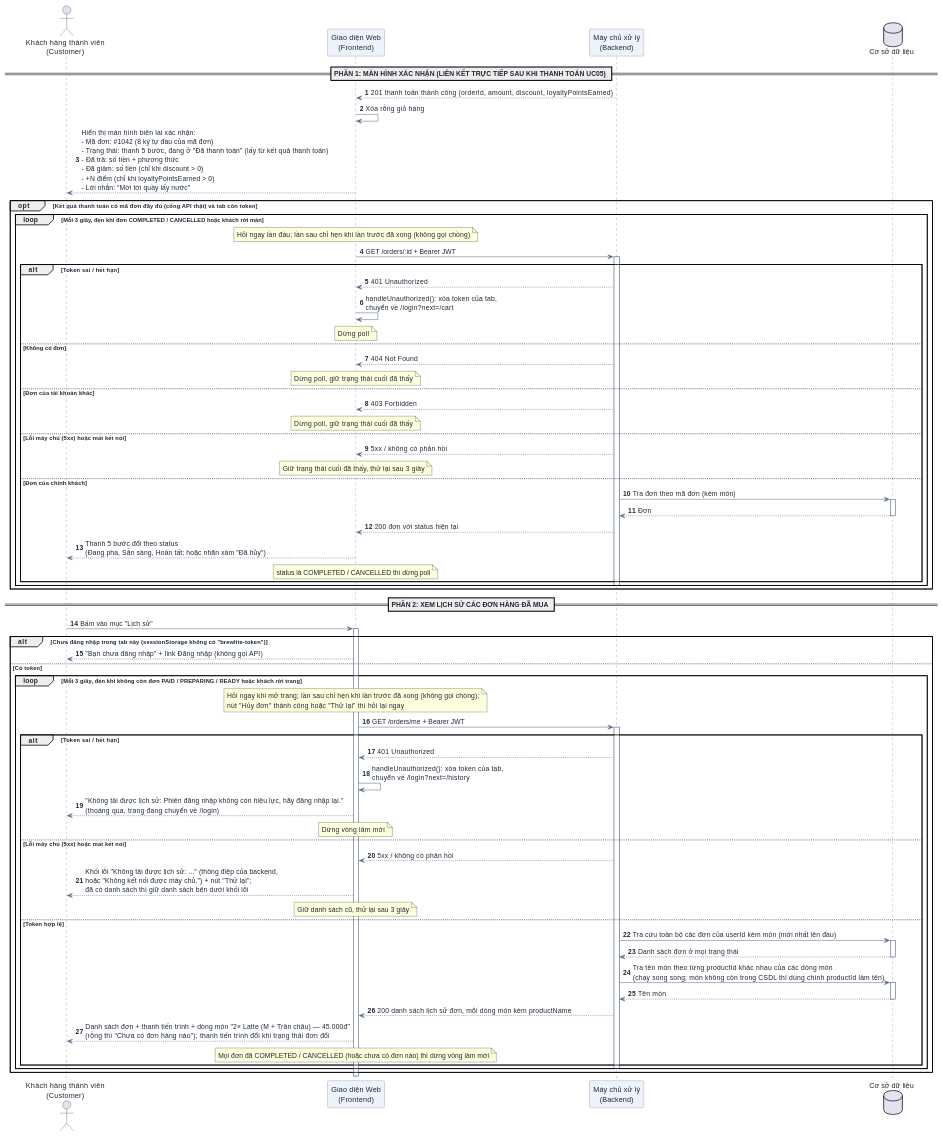
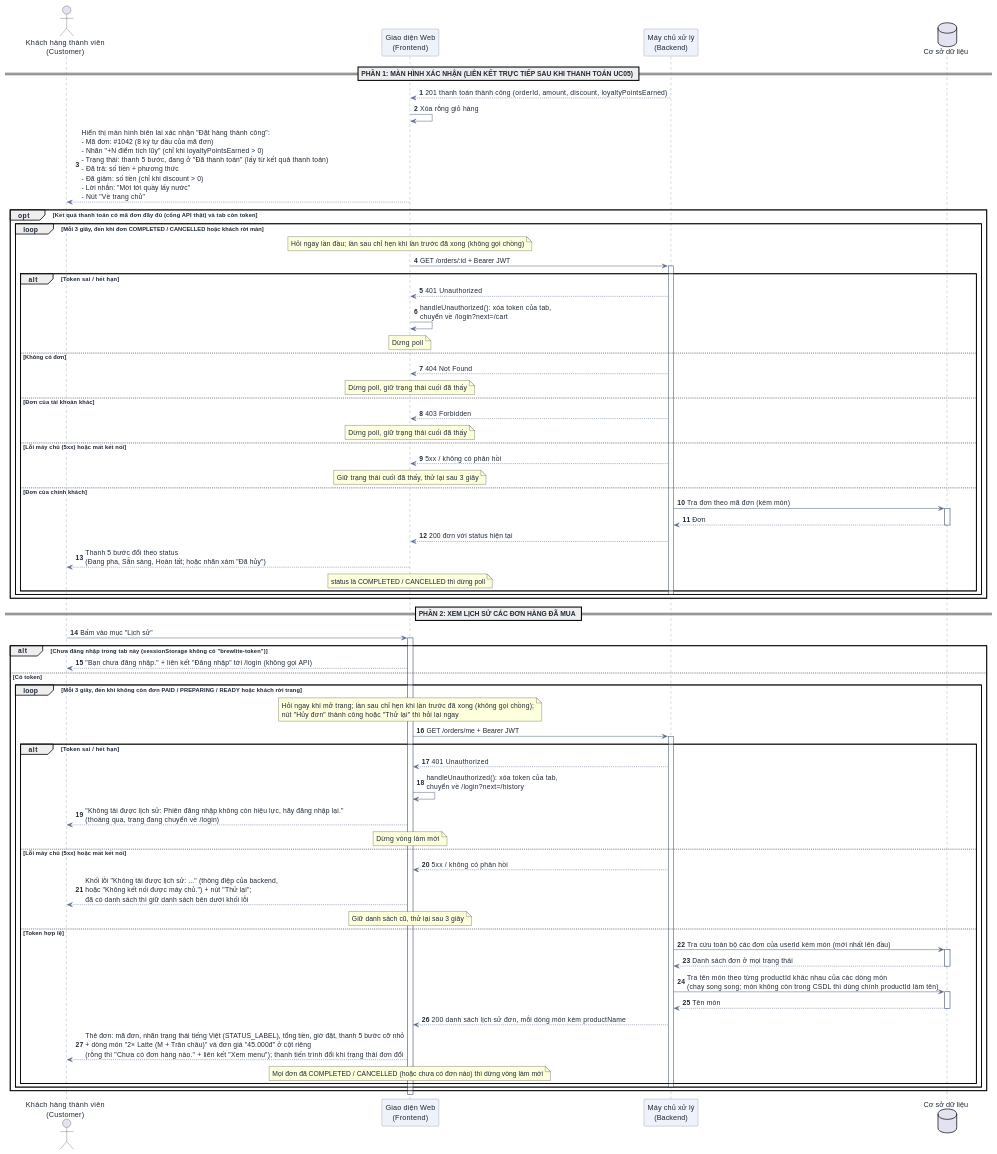
The seventh of 9 diagrams in docs/user-sequence-specifications.md (DuVinhLoi/BrewLite), drawn with PlantUML before and after one commit. The commit also changed other lines of this file and 61 other files, not shown here.

Commit message:
feat(frontend): 9 man net muc con lai (chi tiet mon, gio, thanh toan, thanh cong, dang nhap, ho so, lich su, quay, kho)

```diff
--- a/docs/user-sequence-specifications.md
+++ b/docs/user-sequence-specifications.md
@@ -701,7 +710,7 @@
 == PHẦN 1: MÀN HÌNH XÁC NHẬN (LIÊN KẾT TRỰC TIẾP SAU KHI THANH TOÁN UC05) ==
 BE --> FE : 201 thanh toán thành công (orderId, amount, discount, loyaltyPointsEarned)
 FE -> FE : Xóa rỗng giỏ hàng
-FE --> User : Hiển thị màn hình biên lai xác nhận:\n- Mã đơn: #1042 (8 ký tự đầu của mã đơn)\n- Trạng thái: thanh 5 bước, đang ở "Đã thanh toán" (lấy từ kết quả thanh toán)\n- Đã trả: số tiền + phương thức\n- Đã giảm: số tiền (chỉ khi discount > 0)\n- +N điểm (chỉ khi loyaltyPointsEarned > 0)\n- Lời nhắn: "Mời tới quầy lấy nước"
+FE --> User : Hiển thị màn hình biên lai xác nhận "Đặt hàng thành công":\n- Mã đơn: #1042 (8 ký tự đầu của mã đơn)\n- Nhãn "+N điểm tích lũy" (chỉ khi loyaltyPointsEarned > 0)\n- Trạng thái: thanh 5 bước, đang ở "Đã thanh toán" (lấy từ kết quả thanh toán)\n- Đã trả: số tiền + phương thức\n- Đã giảm: số tiền (chỉ khi discount > 0)\n- Lời nhắn: "Mời tới quầy lấy nước"\n- Nút "Về trang chủ"
 
 opt Kết quả thanh toán có mã đơn đầy đủ (cổng API thật) và tab còn token
     loop Mỗi 3 giây, đến khi đơn COMPLETED / CANCELLED hoặc khách rời màn
@@ -738,7 +747,7 @@
 User -> FE : Bấm vào mục "Lịch sử"
 activate FE
 alt Chưa đăng nhập trong tab này (sessionStorage không có "brewlite-token")
-    FE --> User : "Bạn chưa đăng nhập" + link Đăng nhập (không gọi API)
+    FE --> User : "Bạn chưa đăng nhập." + liên kết "Đăng nhập" tới /login (không gọi API)
 else Có token
     loop Mỗi 3 giây, đến khi không còn đơn PAID / PREPARING / READY hoặc khách rời trang
         note over FE : Hỏi ngay khi mở trang; lần sau chỉ hẹn khi lần trước đã xong (không gọi chồng);\nnút "Hủy đơn" thành công hoặc "Thử lại" thì hỏi lại ngay
@@ -763,7 +772,7 @@
             DB --> BE : Tên món
             deactivate DB
             BE --> FE : 200 danh sách lịch sử đơn, mỗi dòng món kèm productName
-            FE --> User : Danh sách đơn + thanh tiến trình + dòng món "2× Latte (M + Trân châu) — 45.000đ"\n(rỗng thì "Chưa có đơn hàng nào"); thanh tiến trình đổi khi trạng thái đơn đổi
+            FE --> User : Thẻ đơn: mã đơn, nhãn trạng thái tiếng Việt (STATUS_LABEL), tổng tiền, giờ đặt, thanh 5 bước cỡ nhỏ\n+ dòng món "2× Latte (M + Trân châu)" và đơn giá "45.000đ" ở cột riêng\n(rỗng thì "Chưa có đơn hàng nào." + liên kết "Xem menu"); thanh tiến trình đổi khi trạng thái đơn đổi
             note over FE : Mọi đơn đã COMPLETED / CANCELLED (hoặc chưa có đơn nào) thì dừng vòng làm mới
         end
         deactivate BE
```
